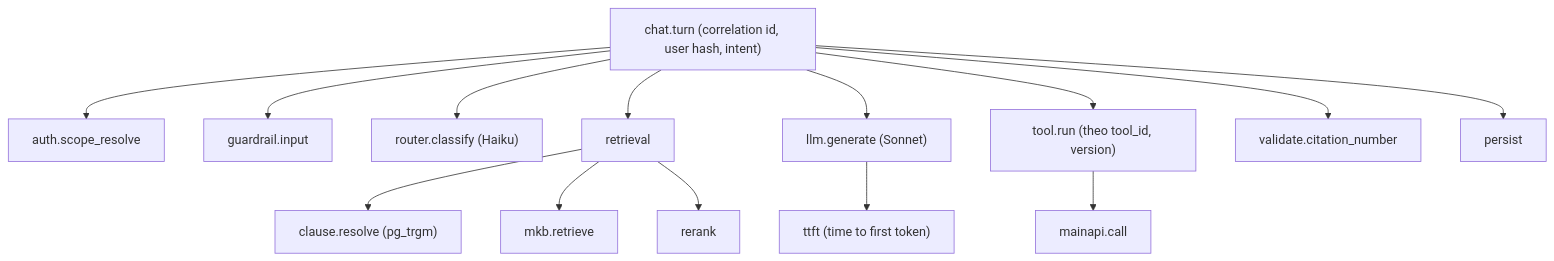
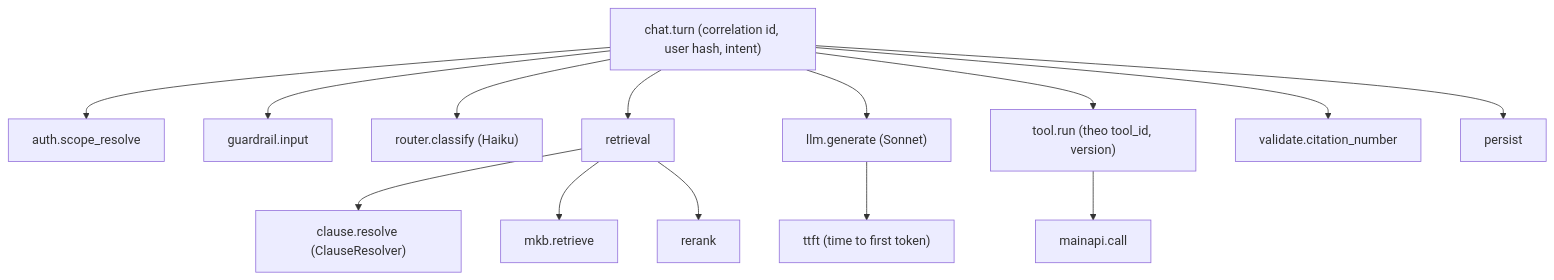
The fifth of 7 diagrams in ship/08-eval-quan-sat.md (vdloc/vfstructures-ai-solution), drawn with Mermaid before and after one commit. The commit also changed other lines of this file and 54 other files, not shown here.

First line of the commit message:
docs: sync flow page and ship set with AD-28/AD-29, add citations

````diff
--- a/ship/08-eval-quan-sat.md
+++ b/ship/08-eval-quan-sat.md
@@ -215,16 +215,16 @@
 ```mermaid
 flowchart TD
  ROOT["chat.turn (correlation id, user hash, intent)"] --> S1["auth.scope_resolve"]
  ROOT --> S2["guardrail.input"]
  ROOT --> S3["router.classify (Haiku)"]
  ROOT --> S4["retrieval"]
- S4 --> S4a["clause.resolve (pg_trgm)"]
+ S4 --> S4a["clause.resolve (ClauseResolver)"]
  S4 --> S4b["mkb.retrieve"]
  S4 --> S4c["rerank"]
  ROOT --> S5["llm.generate (Sonnet)"]
  S5 --> S5a["ttft (time to first token)"]
  ROOT --> S6["tool.run (theo tool_id, version)"]
  S6 --> S6a["mainapi.call"]
  ROOT --> S7["validate.citation_number"]
  ROOT --> S8["persist"]
 ```
````
